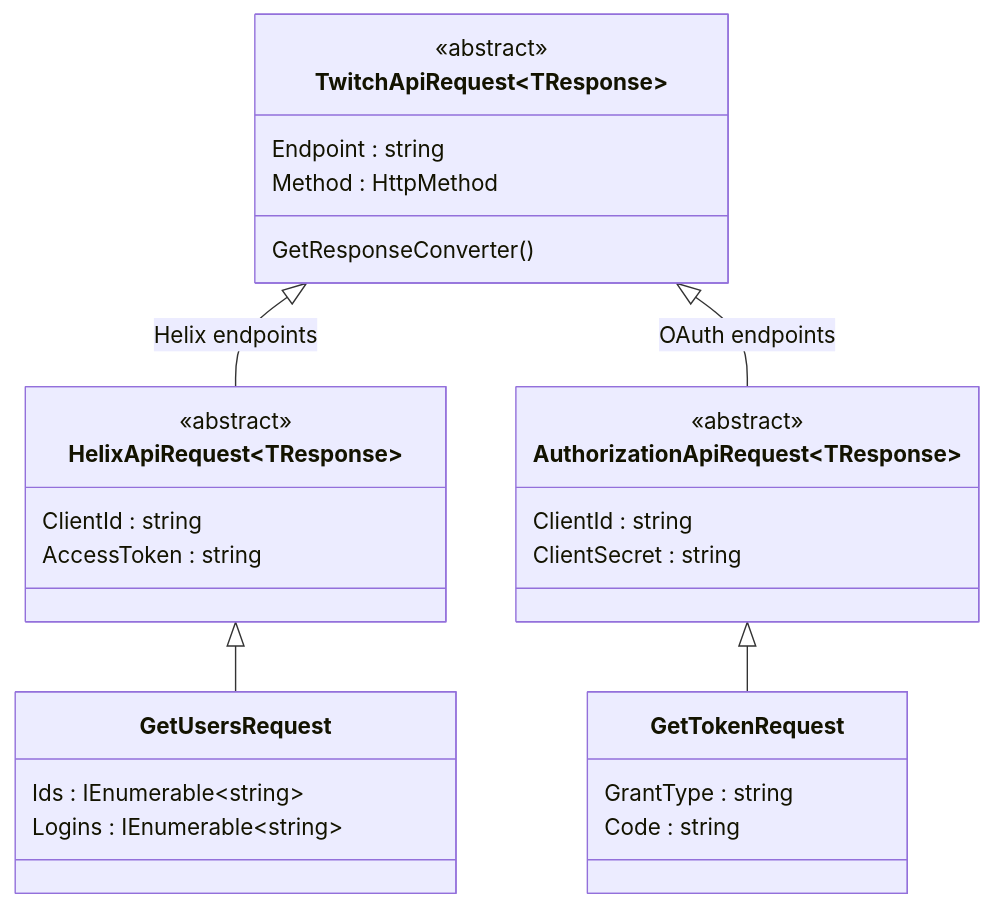
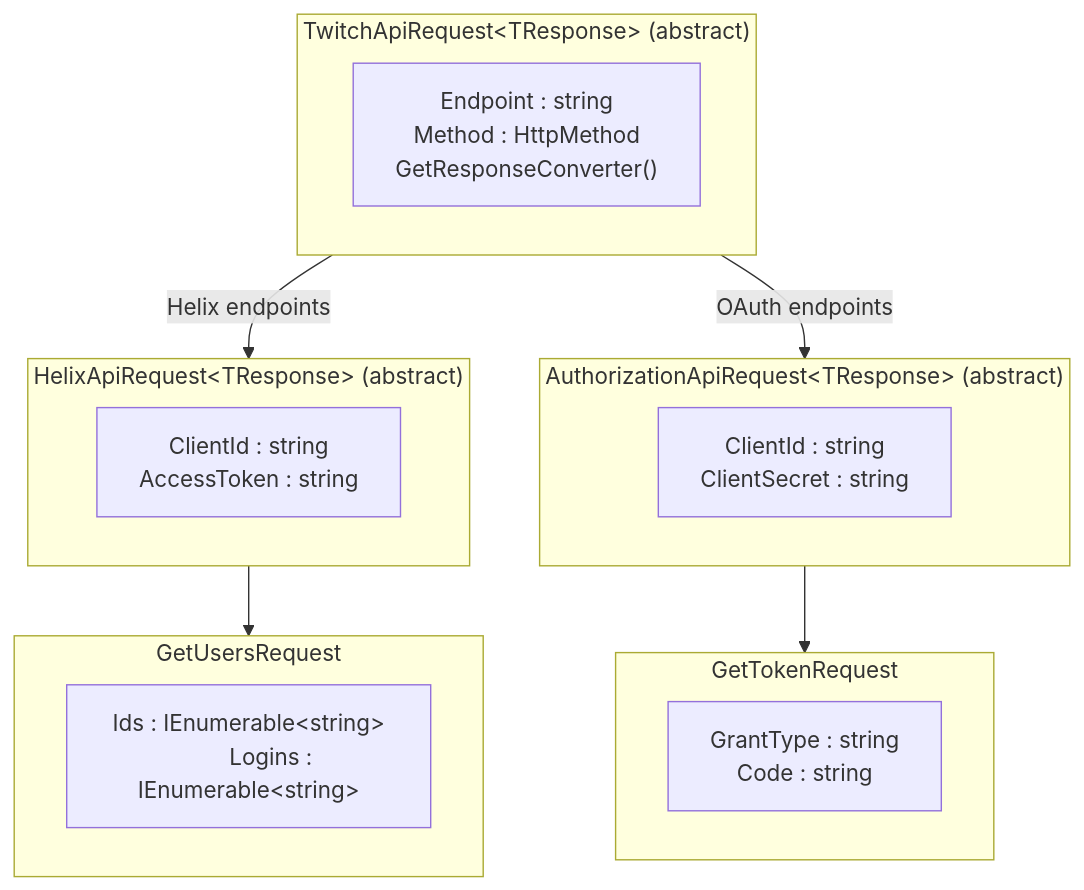
One commit to Yoyoyopo5/TwitchySharp changed the fourth of 6 diagrams in Docs/Architecture.md. Above: the diagram before and after it, drawn with Mermaid. The commit also changed other lines of this file, not shown here.

Commit message:
Fix class diagrams for dark mode readability
- Replace classDiagram with flowchart subgraphs
- classDiagram text is invisible on GitHub dark mode
- flowchart renders correctly on both light and dark themes

🤖 Generated with [Claude Code](https://claude.com/claude-code)

````diff
--- a/Docs/Architecture.md
+++ b/Docs/Architecture.md
@@ -141,36 +141,33 @@
 ```mermaid
-classDiagram
-    class TwitchApiRequest~TResponse~ {
-        <<abstract>>
-        Endpoint : string
+flowchart TD
+    subgraph Base["TwitchApiRequest&lt;TResponse&gt;  (abstract)"]
+        BaseProps["Endpoint : string
         Method : HttpMethod
-        GetResponseConverter()
-    }
+        GetResponseConverter()"]
+    end
 
-    class HelixApiRequest~TResponse~ {
-        <<abstract>>
-        ClientId : string
-        AccessToken : string
-    }
+    subgraph Helix["HelixApiRequest&lt;TResponse&gt;  (abstract)"]
+        HelixProps["ClientId : string
+        AccessToken : string"]
+    end
 
-    class AuthorizationApiRequest~TResponse~ {
-        <<abstract>>
-        ClientId : string
-        ClientSecret : string
-    }
+    subgraph Auth["AuthorizationApiRequest&lt;TResponse&gt;  (abstract)"]
+        AuthProps["ClientId : string
+        ClientSecret : string"]
+    end
 
-    class GetUsersRequest {
-        Ids : IEnumerable~string~
-        Logins : IEnumerable~string~
-    }
+    subgraph GetUsers["GetUsersRequest"]
+        GetUsersProps["Ids : IEnumerable&lt;string&gt;
+        Logins : IEnumerable&lt;string&gt;"]
+    end
 
-    class GetTokenRequest {
-        GrantType : string
-        Code : string
-    }
+    subgraph GetToken["GetTokenRequest"]
+        GetTokenProps["GrantType : string
+        Code : string"]
+    end
 
-    TwitchApiRequest <|-- HelixApiRequest : Helix endpoints
-    TwitchApiRequest <|-- AuthorizationApiRequest : OAuth endpoints
-    HelixApiRequest <|-- GetUsersRequest
-    AuthorizationApiRequest <|-- GetTokenRequest
+    Base -->|"Helix endpoints"| Helix
+    Base -->|"OAuth endpoints"| Auth
+    Helix --> GetUsers
+    Auth --> GetToken
 ```
````
